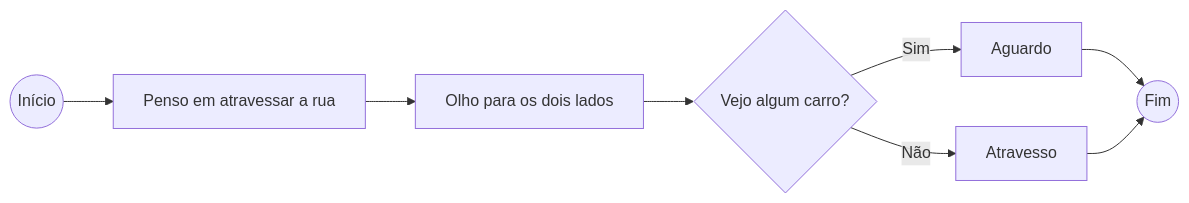
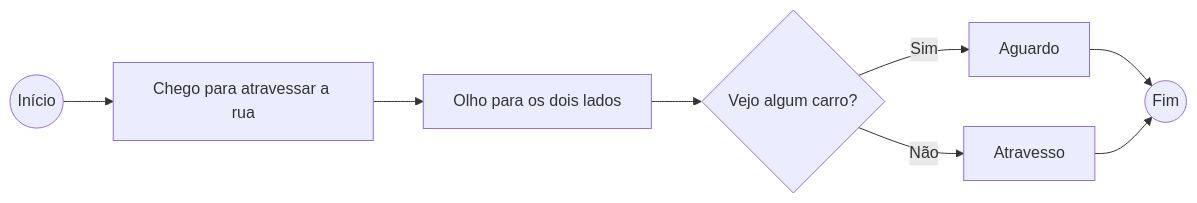
Before and after one commit to lab-mg/automatizacoes: the second of 5 diagrams in docs/blog/posts/20231122_power_automate_ciclo_basico/index.md, drawn with Mermaid. The commit also changed other lines of this file, not shown here.

````diff
--- a/docs/blog/posts/20231122_power_automate_ciclo_basico/index.md
+++ b/docs/blog/posts/20231122_power_automate_ciclo_basico/index.md
@@ -102,12 +105,12 @@
 ```mermaid
 flowchart LR
     1((Início)) --> 2
-    2[Penso em atravessar a rua] --> 3
+    2[Chego para atravessar a rua] --> 3
     3[Olho para os dois lados]  --> 4
     4{Vejo algum carro?}
     4-->|Sim|5
     4-->|Não|6
     5[Aguardo]-->7
     6[Atravesso]-->7
     7((Fim))
 ```
````
